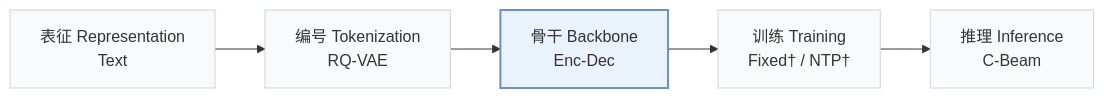
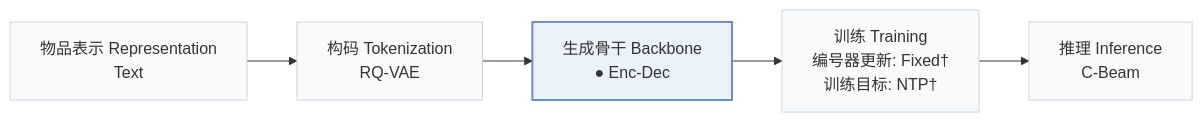
One commit to Galaxy-ghost/Awesome-SID-Generative-Rec changed the first of 2 diagrams in pages/zh/papers/trierec.md. Above: the diagram before and after it, drawn with Mermaid. The commit also changed other lines of this file and 558 other files, not shown here.

````diff
--- a/pages/zh/papers/trierec.md
+++ b/pages/zh/papers/trierec.md
@@ -15,8 +18,8 @@
 ```mermaid
 flowchart LR
-    R["表征 Representation<br/>Text"] --> T["编号 Tokenization<br/>RQ-VAE"] --> B["骨干 Backbone<br/>Enc-Dec"] --> TR["训练 Training<br/>Fixed† / NTP†"] --> I["推理 Inference<br/>C-Beam"]
+    R["物品表示 Representation<br/>Text"] --> T["构码 Tokenization<br/>RQ-VAE"] --> B["生成骨干 Backbone<br/>● Enc-Dec"] --> TR["训练 Training<br/>编号器更新: Fixed†<br/>训练目标: NTP†"] --> I["推理 Inference<br/>C-Beam"]
     classDef base fill:#f8fafc,stroke:#cbd5e1
     class R,T,B,TR,I base
     classDef main fill:#eaf2fb,stroke:#6b8fc7,stroke-width:2px
     class B main
 ```
````
